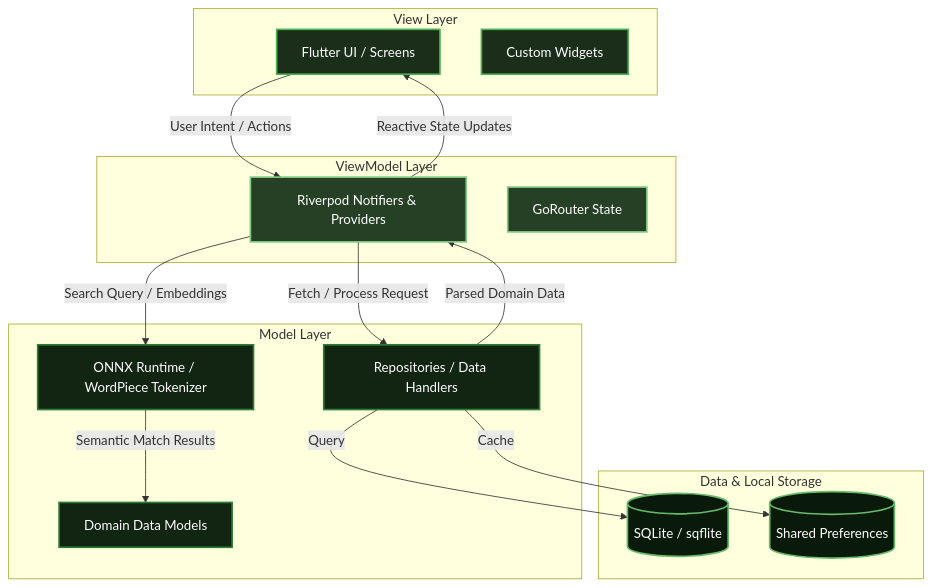
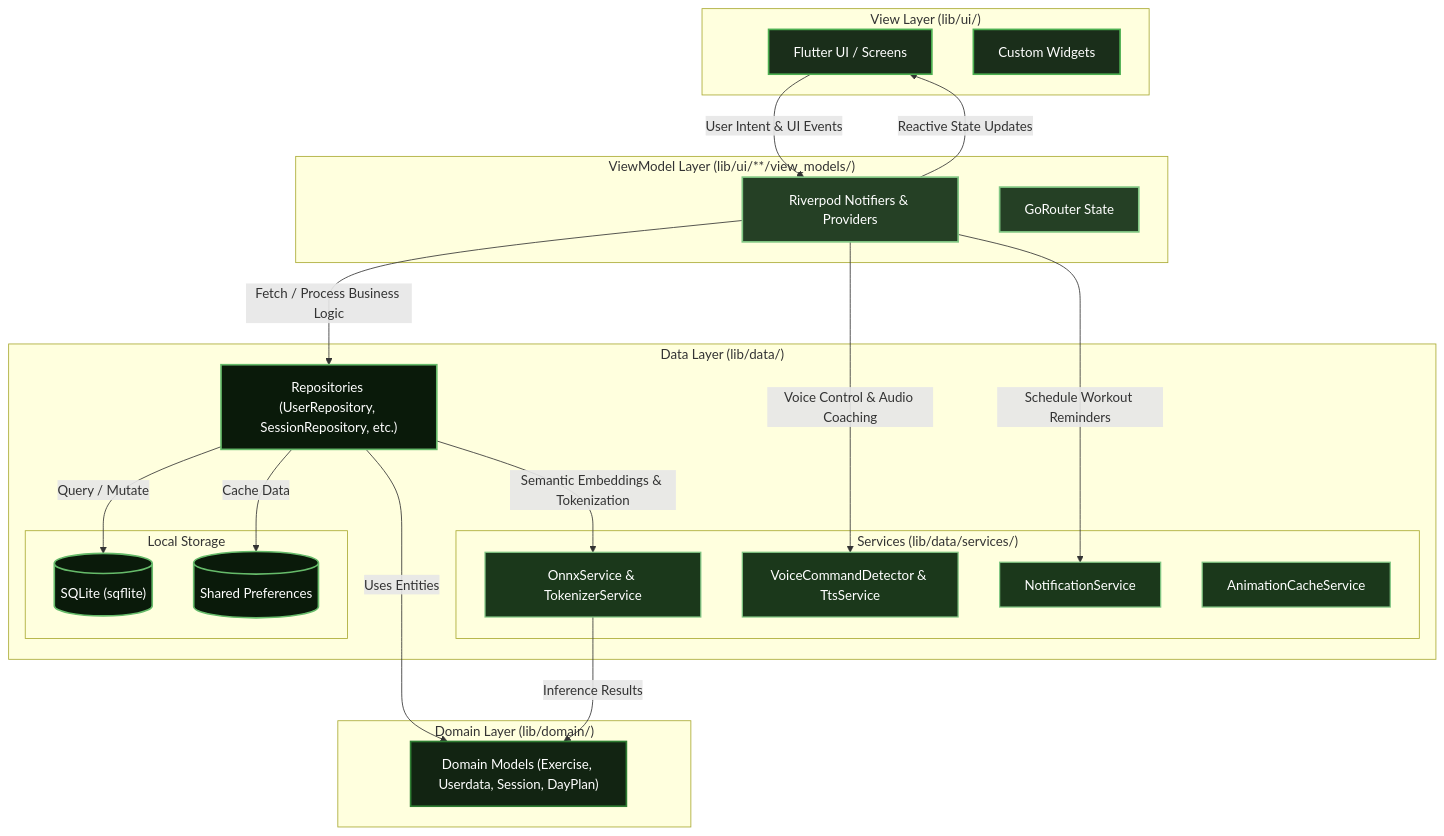
Before and after one commit to DecodeX15/MoveYourBody: the diagram in README.md, drawn with Mermaid. The commit also changed other lines of this file and 24 other files, not shown here.

````diff
--- a/README.md
+++ b/README.md
@@ -116,42 +123,53 @@
 ```mermaid
 graph TD
     %% Define Styles
     classDef ui fill:#1A2E1A,stroke:#4CAF50,stroke-width:2px,color:#fff;
     classDef vm fill:#254025,stroke:#81C784,stroke-width:2px,color:#fff;
-    classDef model fill:#122412,stroke:#2E7D32,stroke-width:2px,color:#fff;
+    classDef domain fill:#122412,stroke:#2E7D32,stroke-width:2px,color:#fff;
     classDef data fill:#0A1A0A,stroke:#66BB6A,stroke-width:2px,color:#fff;
+    classDef service fill:#1b381b,stroke:#81C784,stroke-width:1.5px,color:#fff;
 
-    subgraph View Layer [View Layer]
-        UI[Flutter UI / Screens]:::ui
-        Widgets[Custom Widgets]:::ui
+    subgraph ViewLayer ["View Layer (lib/ui/)"]
+        UI["Flutter UI / Screens"]:::ui
+        Widgets["Custom Widgets"]:::ui
     end
 
-    subgraph ViewModel Layer [ViewModel Layer]
-        Riverpod[Riverpod Notifiers & Providers]:::vm
-        Router[GoRouter State]:::vm
+    subgraph ViewModelLayer ["ViewModel Layer (lib/ui/**/view_models/)"]
+        Riverpod["Riverpod Notifiers & Providers"]:::vm
+        Router["GoRouter State"]:::vm
     end
 
-    subgraph Model Layer [Model Layer]
-        DataModels[Domain Data Models]:::model
-        Repository[Repositories / Data Handlers]:::model
-        AI[ONNX Runtime / WordPiece Tokenizer]:::model
+    subgraph DomainLayer ["Domain Layer (lib/domain/)"]
+        DomainModels["Domain Models (Exercise, Userdata, Session, DayPlan)"]:::domain
     end
 
-    subgraph Data Layer [Data & Local Storage]
-        DB[(SQLite / sqflite)]:::data
-        Cache[(Shared Preferences)]:::data
+    subgraph DataLayer ["Data Layer (lib/data/)"]
+        Repositories["Repositories (UserRepository, SessionRepository, etc.)"]:::data
+        
+        subgraph Services ["Services (lib/data/services/)"]
+            AIServices["OnnxService & TokenizerService"]:::service
+            VoiceServices["VoiceCommandDetector & TtsService"]:::service
+            NotifServices["NotificationService"]:::service
+            CacheServices["AnimationCacheService"]:::service
+        end
+
+        subgraph LocalStorage ["Local Storage"]
+            DB[("SQLite (sqflite)")]:::data
+            Cache[("Shared Preferences")]:::data
+        end
     end
 
-    %% Flow of MVVM
-    UI -->|User Intent / Actions| Riverpod
+    %% Flow of MVVM & Clean Architecture
+    UI -->|User Intent & UI Events| Riverpod
     Riverpod -->|Reactive State Updates| UI
     
-    Riverpod -->|Fetch / Process Request| Repository
-    Repository -->|Parsed Domain Data| Riverpod
+    Riverpod -->|Fetch / Process Business Logic| Repositories
+    Riverpod -->|Voice Control & Audio Coaching| VoiceServices
+    Riverpod -->|Schedule Workout Reminders| NotifServices
     
-    Repository -->|Query| DB
-    Repository -->|Cache| Cache
-    
-    Riverpod -->|Search Query / Embeddings| AI
-    AI -->|Semantic Match Results| DataModels
+    Repositories -->|Uses Entities| DomainModels
+    Repositories -->|Query / Mutate| DB
+    Repositories -->|Cache Data| Cache
+    Repositories -->|Semantic Embeddings & Tokenization| AIServices
+    AIServices -->|Inference Results| DomainModels
 ```
````
